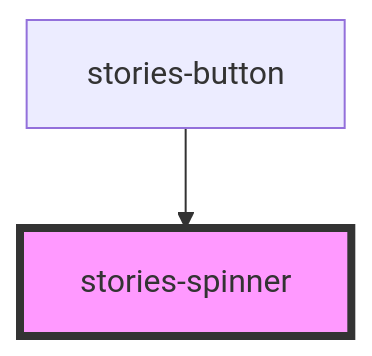
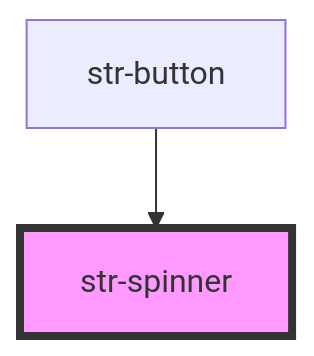
One commit to storiesjs/stories changed the diagram in packages/core/src/components/spinner/readme.md. Above: the diagram before and after it, drawn with Mermaid. The commit also changed other lines of this file and 221 other files, not shown here.

Commit message:
Stories prefix rename to str

````diff
--- a/packages/core/src/components/spinner/readme.md
+++ b/packages/core/src/components/spinner/readme.md
@@ -24,5 +24,5 @@
 ```mermaid
 graph TD;
-  stories-button --> stories-spinner
-  style stories-spinner fill:#f9f,stroke:#333,stroke-width:4px
+  str-button --> str-spinner
+  style str-spinner fill:#f9f,stroke:#333,stroke-width:4px
 ```
````
